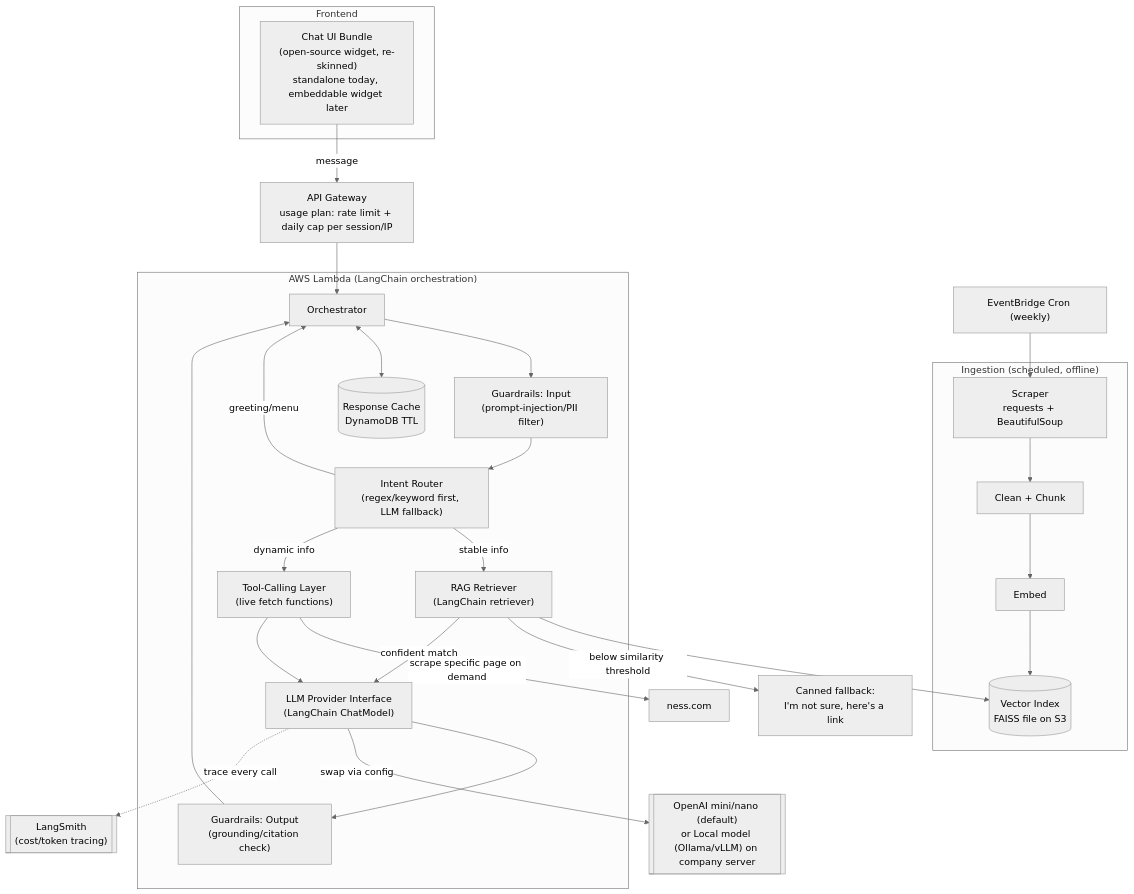
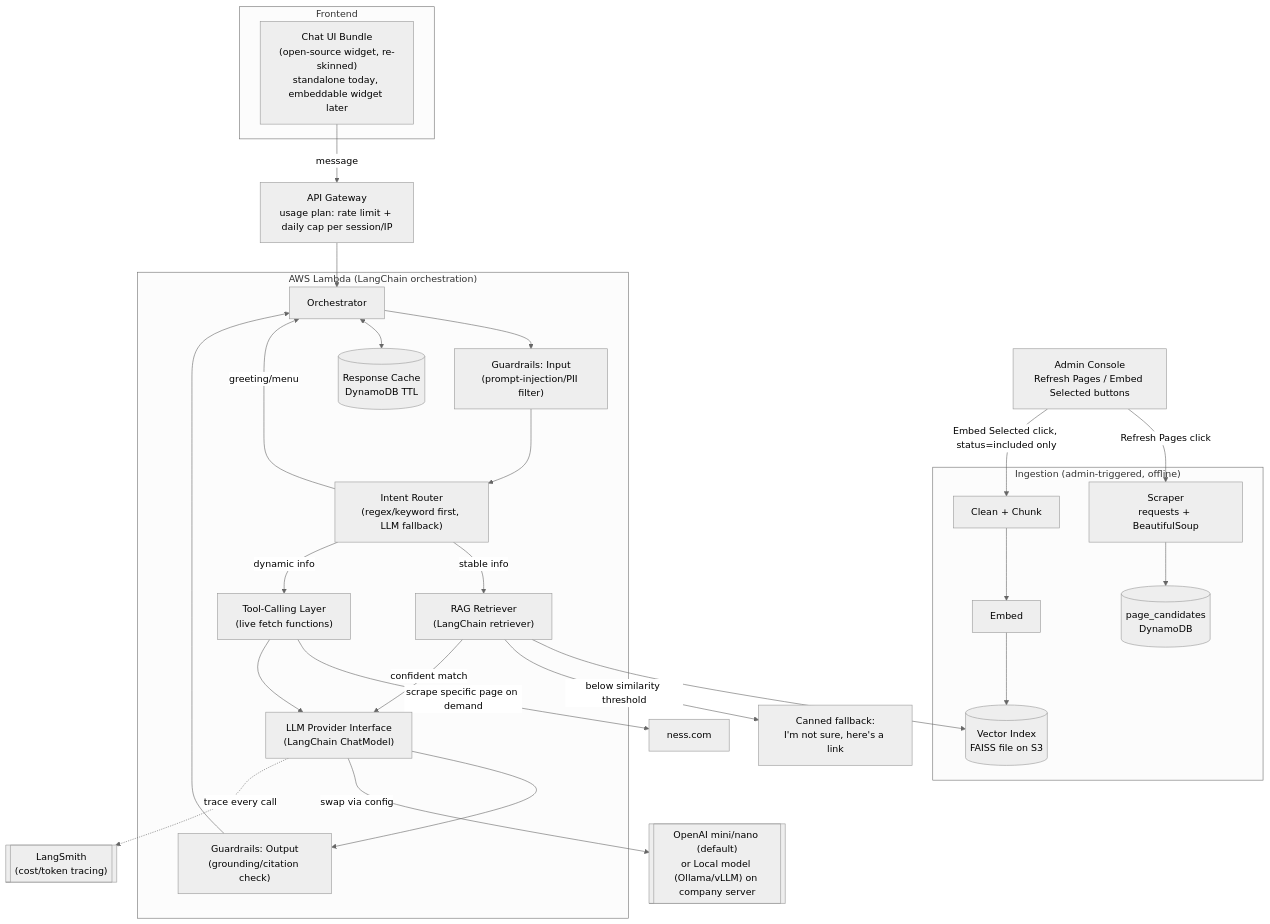
Before and after one commit to Halcyora/Ness-Chatbot: the diagram in architecture.md, drawn with Mermaid (neutral theme). The commit also changed other lines of this file and 59 other files, not shown here.

````diff
--- a/architecture.md
+++ b/architecture.md
@@ -18,46 +18,48 @@
 ```mermaid
 flowchart TB
     subgraph Frontend["Frontend"]
         UI["Chat UI Bundle<br/>(open-source widget, re-skinned)<br/>standalone today, embeddable widget later"]
     end
 
     GATEWAY["API Gateway<br/>usage plan: rate limit + daily cap per session/IP"]
 
     subgraph API["AWS Lambda (LangChain orchestration)"]
         ORCH["Orchestrator"]
         GUARDIN["Guardrails: Input<br/>(prompt-injection/PII filter)"]
         CLASSIFY["Intent Router<br/>(regex/keyword first, LLM fallback)"]
         RAG["RAG Retriever<br/>(LangChain retriever)"]
         TOOLS["Tool-Calling Layer<br/>(live fetch functions)"]
         LLMI["LLM Provider Interface<br/>(LangChain ChatModel)"]
         GUARDOUT["Guardrails: Output<br/>(grounding/citation check)"]
         CACHE[("Response Cache<br/>DynamoDB TTL")]
     end
 
-    subgraph DataIngestion["Ingestion (scheduled, offline)"]
+    subgraph DataIngestion["Ingestion (admin-triggered, offline)"]
         SCRAPER["Scraper<br/>requests + BeautifulSoup"]
+        CANDIDATES[("page_candidates<br/>DynamoDB")]
         CHUNK["Clean + Chunk"]
         EMBED["Embed"]
         INDEX[("Vector Index<br/>FAISS file on S3")]
     end
 
     SITE["ness.com"]
     PROVIDERS[["OpenAI mini/nano (default)<br/>or Local model (Ollama/vLLM) on company server"]]
-    CRON["EventBridge Cron (weekly)"]
+    ADMIN["Admin Console<br/>Refresh Pages / Embed Selected buttons"]
     TRACE[["LangSmith<br/>(cost/token tracing)"]]
 
     UI -->|message| GATEWAY --> ORCH --> GUARDIN --> CLASSIFY
     CLASSIFY -->|greeting/menu| ORCH
     CLASSIFY -->|stable info| RAG --> INDEX
     RAG -->|below similarity threshold| FALLBACK["Canned fallback:<br/>I'm not sure, here's a link"]
     RAG -->|confident match| LLMI
     CLASSIFY -->|dynamic info| TOOLS -->|scrape specific page on demand| SITE
     TOOLS --> LLMI
     LLMI --> GUARDOUT
     GUARDOUT --> ORCH
     ORCH <--> CACHE
     LLMI -->|swap via config| PROVIDERS
     LLMI -.->|trace every call| TRACE
 
-    CRON --> SCRAPER --> CHUNK --> EMBED --> INDEX
+    ADMIN -->|Refresh Pages click| SCRAPER --> CANDIDATES
+    ADMIN -->|Embed Selected click, status=included only| CHUNK --> EMBED --> INDEX
 ```
````
